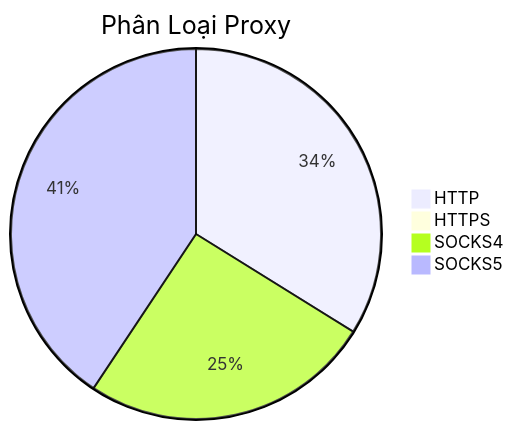
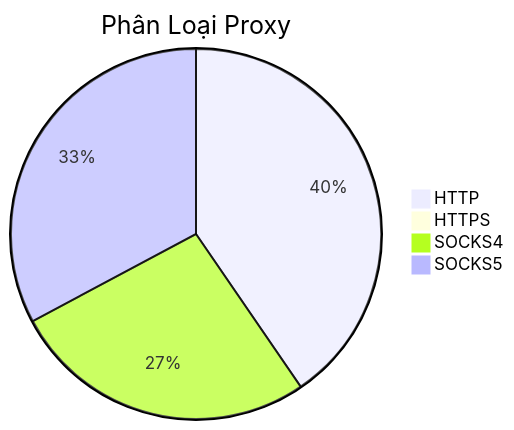
One commit to Ciara-12/PROXY-free changed the diagram in README.md. Above: the diagram before and after it, drawn with Mermaid. The commit also changed other lines of this file and 3 other files, not shown here.

````diff
--- a/README.md
+++ b/README.md
@@ -26,7 +26,7 @@
 ```mermaid
 pie title Phân Loại Proxy
-    "HTTP" : 417
+    "HTTP" : 503
     "HTTPS" : 0
-    "SOCKS4" : 314
-    "SOCKS5" : 501
+    "SOCKS4" : 333
+    "SOCKS5" : 408
 ```
````
